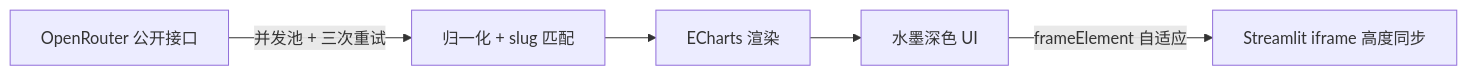
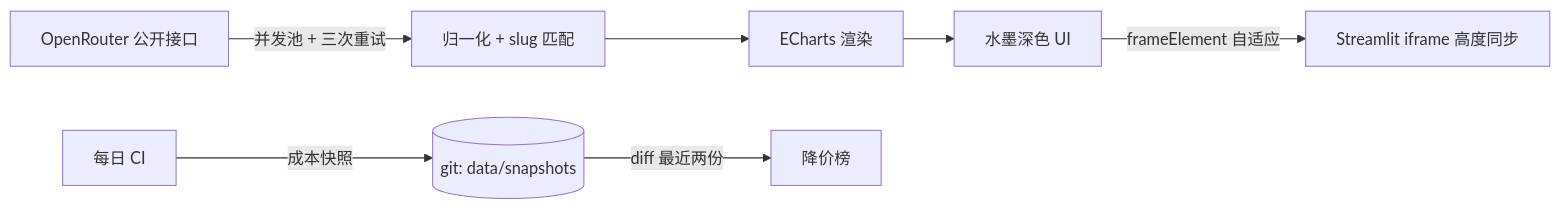
Before and after one commit to Mocas-12/ai-model-rankings: the diagram in README.zh-CN.md, drawn with Mermaid. The commit also changed other lines of this file and 14 other files, not shown here.

````diff
--- a/README.zh-CN.md
+++ b/README.zh-CN.md
@@ -53,7 +56,9 @@
 ```mermaid
 flowchart LR
     A[OpenRouter 公开接口] -->|并发池 + 三次重试| B[归一化 + slug 匹配]
     B --> C[ECharts 渲染]
     C --> D[水墨深色 UI]
     D -->|frameElement 自适应| E[Streamlit iframe 高度同步]
+    F[每日 CI] -->|成本快照| G[(git: data/snapshots)]
+    G -->|diff 最近两份| H[降价榜]
 ```
````
